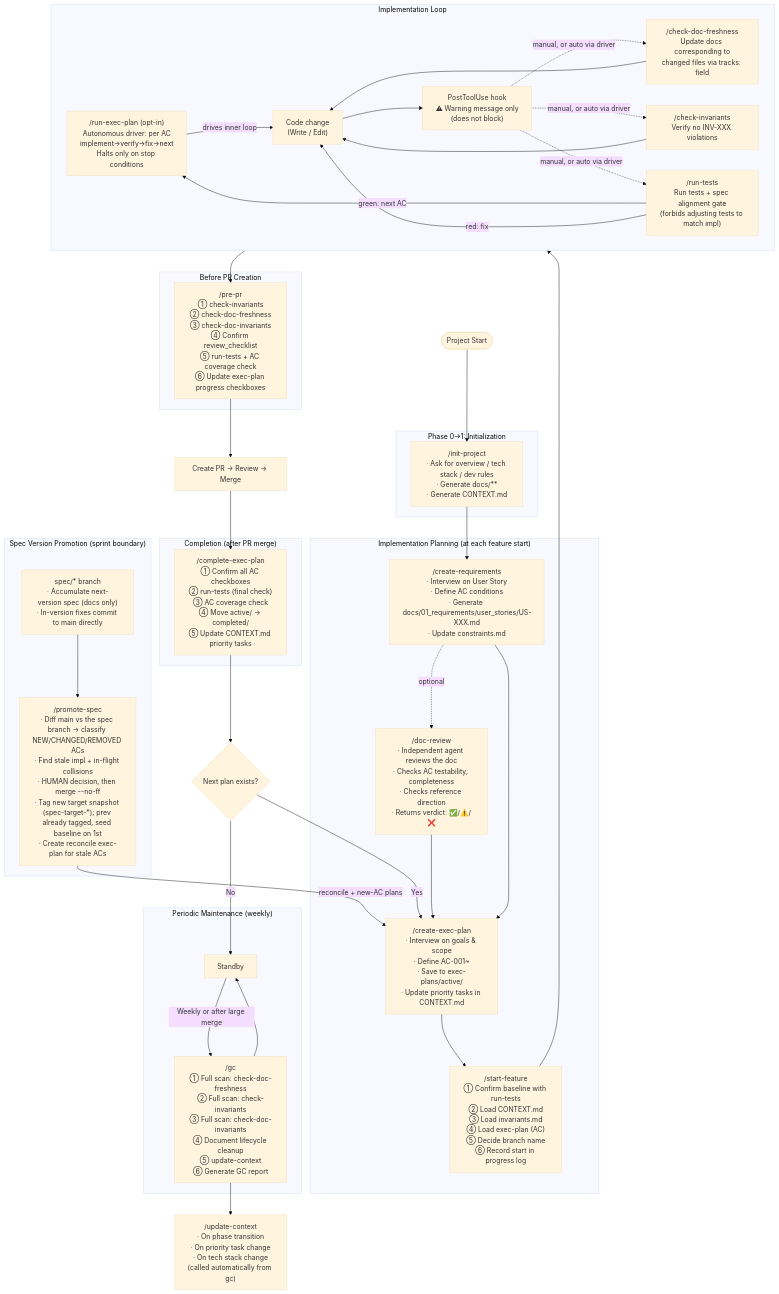
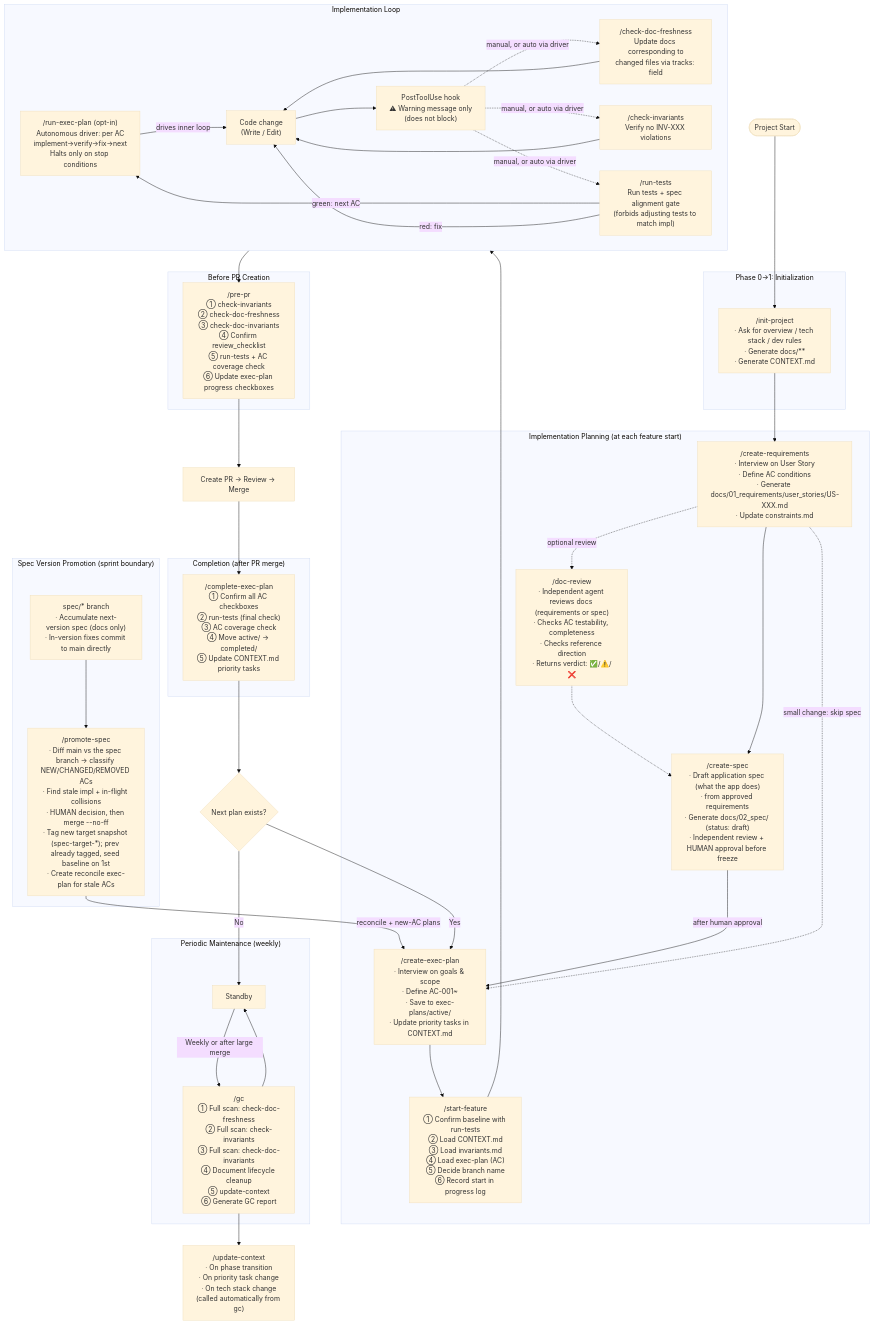
Before and after one commit to aki-senri/DocDDTemplate: the first of 2 diagrams in SKILL_FLOW.md, drawn with Mermaid (base theme). The commit also changed other lines of this file and 22 other files, not shown here.

First line of the commit message:
feat: アプリ仕様の起草スキル /create-spec を追加し docs 層を改番（issue #15）

````diff
--- a/SKILL_FLOW.md
+++ b/SKILL_FLOW.md
@@ -11,79 +11,82 @@
 ```mermaid
 flowchart TD
     START([Project Start]) --> INIT
 
     subgraph PHASE01["Phase 0→1: Initialization"]
         INIT["/init-project\n· Ask for overview / tech stack / dev rules\n· Generate docs/**\n· Generate CONTEXT.md"]
     end
 
     INIT --> REQ
 
     subgraph PLAN_PHASE["Implementation Planning (at each feature start)"]
         REQ["/create-requirements\n· Interview on User Story\n· Define AC conditions\n· Generate docs/01_requirements/user_stories/US-XXX.md\n· Update constraints.md"]
-        REQ -.->|optional| DR
-        DR["/doc-review\n· Independent agent reviews the doc\n· Checks AC testability, completeness\n· Checks reference direction\n· Returns verdict: ✅/⚠️/❌"]
-        DR --> PLAN
-        REQ --> PLAN
+        REQ -.->|optional review| DR
+        DR["/doc-review\n· Independent agent reviews docs (requirements or spec)\n· Checks AC testability, completeness\n· Checks reference direction\n· Returns verdict: ✅/⚠️/❌"]
+        SPEC["/create-spec\n· Draft application spec (what the app does)\n· from approved requirements\n· Generate docs/02_spec/ (status: draft)\n· Independent review + HUMAN approval before freeze"]
+        REQ --> SPEC
+        DR -.-> SPEC
+        SPEC -->|after human approval| PLAN
+        REQ -.->|small change: skip spec| PLAN
         PLAN["/create-exec-plan\n· Interview on goals & scope\n· Define AC-001~\n· Save to exec-plans/active/\n· Update priority tasks in CONTEXT.md"]
         PLAN --> SF
         SF["/start-feature\n① Confirm baseline with run-tests\n② Load CONTEXT.md\n③ Load invariants.md\n④ Load exec-plan (AC)\n⑤ Decide branch name\n⑥ Record start in progress log"]
     end
 
     SF --> IMPL
 
     subgraph IMPL["Implementation Loop"]
         DRIVER["/run-exec-plan (opt-in)\nAutonomous driver: per AC\nimplement→verify→fix→next\nHalts only on stop conditions"]
         CODE["Code change\n(Write / Edit)"]
         HOOK["PostToolUse hook\n⚠ Warning message only\n(does not block)"]
         CDF["/check-doc-freshness\nUpdate docs corresponding to\nchanged files via tracks: field"]
         CI["/check-invariants\nVerify no INV-XXX violations"]
         RT["/run-tests\nRun tests + spec alignment gate\n(forbids adjusting tests to match impl)"]
 
         DRIVER -->|drives inner loop| CODE
         CODE --> HOOK
         HOOK -.->|manual, or auto via driver| CDF
         HOOK -.->|manual, or auto via driver| CI
         HOOK -.->|manual, or auto via driver| RT
         CDF --> CODE
         CI --> CODE
         RT -->|green: next AC| DRIVER
         RT -->|red: fix| CODE
     end
 
     IMPL --> PREPR
 
     subgraph PREPR_PHASE["Before PR Creation"]
         PREPR["/pre-pr\n① check-invariants\n② check-doc-freshness\n③ check-doc-invariants\n④ Confirm review_checklist\n⑤ run-tests + AC coverage check\n⑥ Update exec-plan progress checkboxes"]
     end
 
     PREPR --> PR
     PR["Create PR → Review → Merge"]
     PR --> COMPLETE
 
     subgraph COMPLETE_PHASE["Completion (after PR merge)"]
         COMPLETE["/complete-exec-plan\n① Confirm all AC checkboxes\n② run-tests (final check)\n③ AC coverage check\n④ Move active/ → completed/\n⑤ Update CONTEXT.md priority tasks"]
     end
 
     COMPLETE --> NEXT
     NEXT{Next plan exists?}
     NEXT -->|Yes| PLAN
     NEXT -->|No| GC_WAIT
 
     subgraph GC_PHASE["Periodic Maintenance (weekly)"]
         GC_WAIT["Standby"]
         GC["/gc\n① Full scan: check-doc-freshness\n② Full scan: check-invariants\n③ Full scan: check-doc-invariants\n④ Document lifecycle cleanup\n⑤ update-context\n⑥ Generate GC report"]
         GC_WAIT -->|Weekly or after large merge| GC
         GC --> GC_WAIT
     end
 
     subgraph SPEC_PROMO["Spec Version Promotion (sprint boundary)"]
         SPECBR["spec/* branch\n· Accumulate next-version spec (docs only)\n· In-version fixes commit to main directly"]
         PROMO["/promote-spec\n· Diff main vs the spec branch → classify NEW/CHANGED/REMOVED ACs\n· Find stale impl + in-flight collisions\n· HUMAN decision, then merge --no-ff\n· Tag new target snapshot (spec-target-*); prev already tagged, seed baseline on 1st\n· Create reconcile exec-plan for stale ACs"]
         SPECBR --> PROMO
     end
 
     PROMO -->|reconcile + new-AC plans| PLAN
 
     UC["/update-context\n· On phase transition\n· On priority task change\n· On tech stack change\n(called automatically from gc)"]
     GC --> UC
 ```
````
